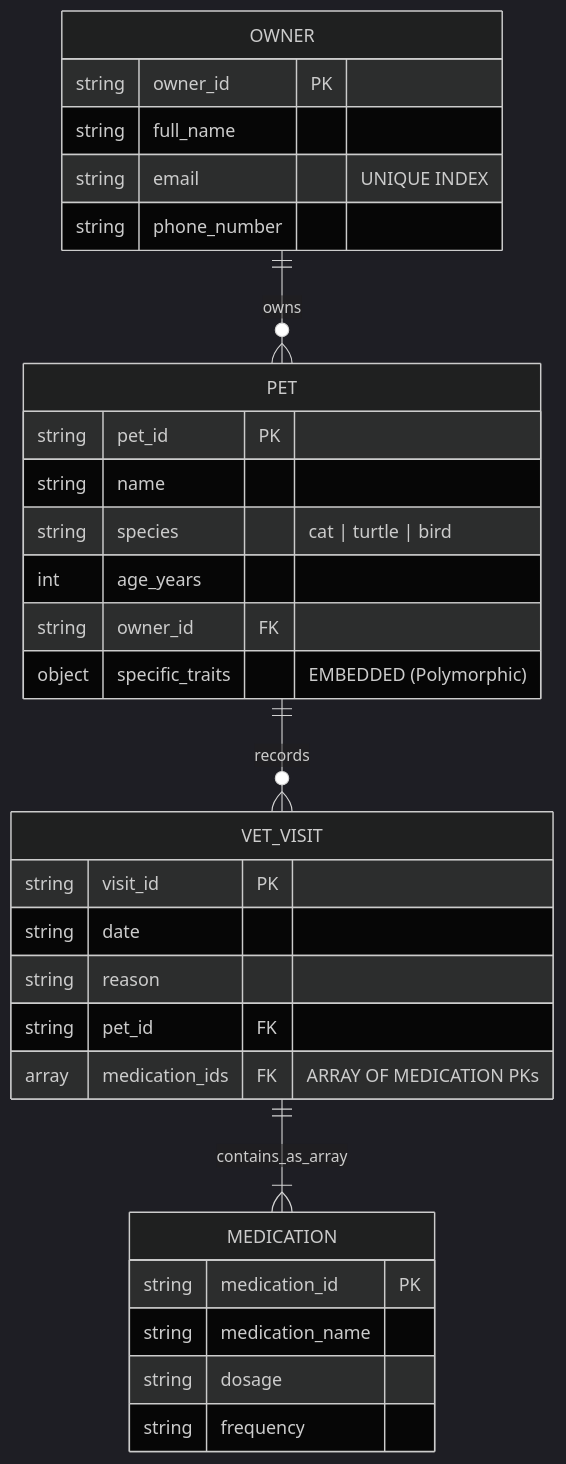
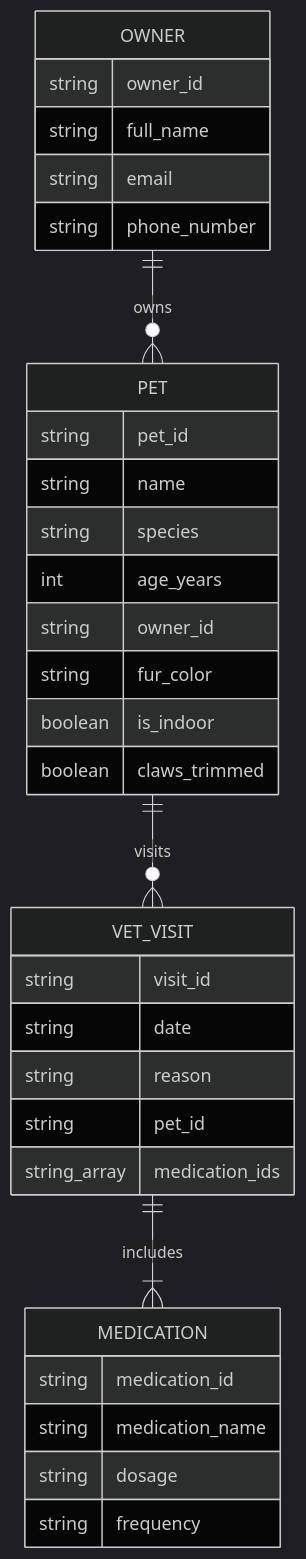
The diagram in docs/schema.md (Tammym3s2/Registro-m-dico-), drawn with Mermaid (dark theme) before and after one commit.

````diff
--- a/docs/schema.md
+++ b/docs/schema.md
@@ -1,37 +1,39 @@
 ```mermaid
 erDiagram
     OWNER ||--o{ PET : owns
-    PET ||--o{ VET_VISIT : records
-    VET_VISIT ||--|{ MEDICATION : contains_as_array
+    PET ||--o{ VET_VISIT : visits
+    VET_VISIT ||--|{ MEDICATION : includes
 
     OWNER {
-        string owner_id PK
+        string owner_id
         string full_name
-        string email "UNIQUE INDEX"
+        string email
         string phone_number
     }
 
     PET {
-        string pet_id PK
+        string pet_id
         string name
-        string species "cat | turtle | bird"
+        string species
         int age_years
-        string owner_id FK
-        object specific_traits "EMBEDDED (Polymorphic)"
+        string owner_id
+        string fur_color
+        boolean is_indoor
+        boolean claws_trimmed
     }
 
-   VET_VISIT {
-        string visit_id PK
+    VET_VISIT {
+        string visit_id
         string date
         string reason
-        string pet_id FK
-        array medication_ids FK "ARRAY OF MEDICATION PKs"
+        string pet_id
+        string_array medication_ids
     }
 
     MEDICATION {
-        string medication_id PK
+        string medication_id
         string medication_name
         string dosage
         string frequency
     }
 ```
````
